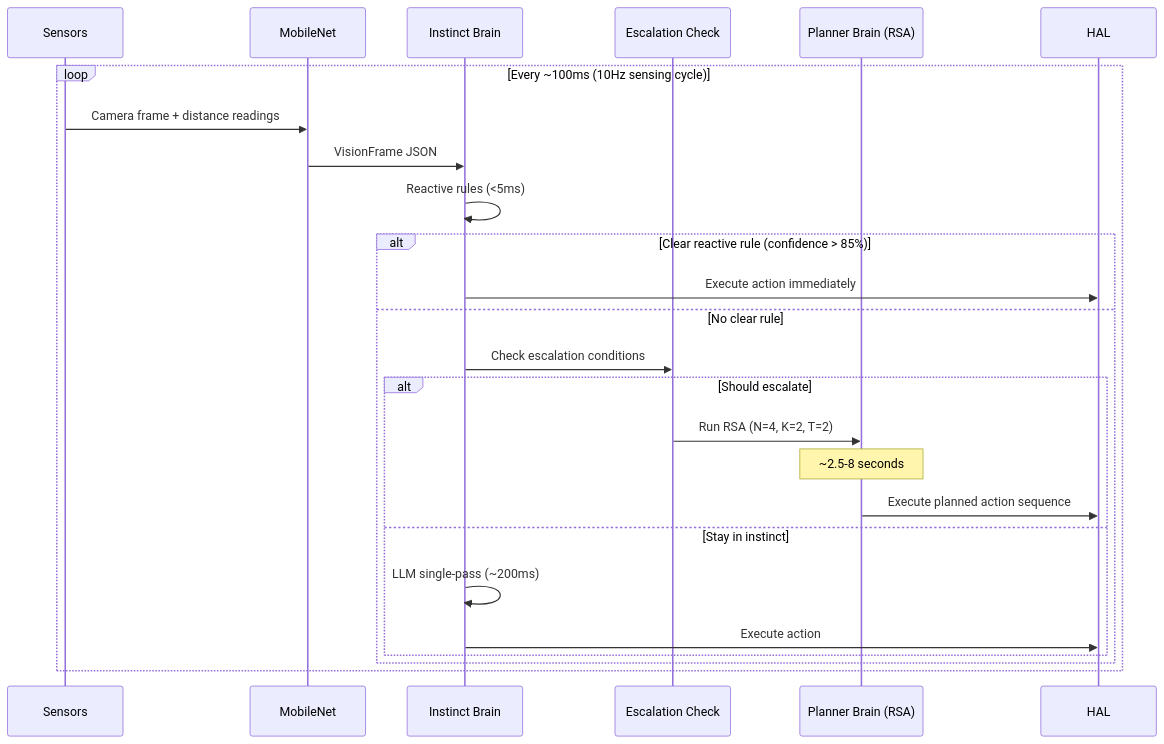
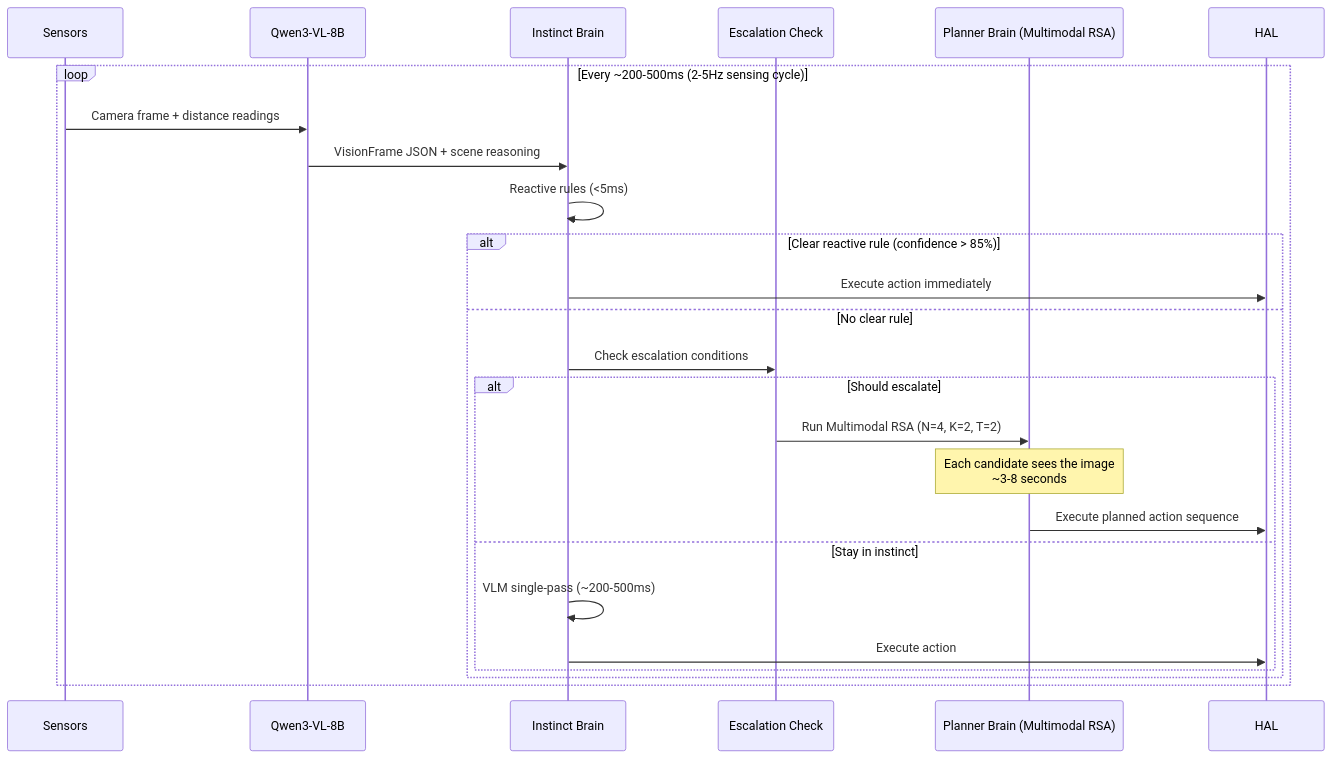
Before and after one commit to EvolvingAgentsLabs/llmos: diagram 30 of 33 in docs/architecture/ARCHITECTURE.md, drawn with Mermaid. The commit also changed other lines of this file and 6 other files, not shown here.

First line of the commit message:
feat: Add multimodal RSA, remove fallback options, focus on Qwen3-VL-8B

````diff
--- a/docs/architecture/ARCHITECTURE.md
+++ b/docs/architecture/ARCHITECTURE.md
@@ -1307,30 +1307,30 @@
 ```mermaid
 sequenceDiagram
     participant Sensors
-    participant MobileNet
+    participant VLM as Qwen3-VL-8B
     participant Instinct as Instinct Brain
     participant Escalation as Escalation Check
-    participant Planner as Planner Brain (RSA)
+    participant Planner as Planner Brain (Multimodal RSA)
     participant HAL
 
-    loop Every ~100ms (10Hz sensing cycle)
-        Sensors->>MobileNet: Camera frame + distance readings
-        MobileNet->>Instinct: VisionFrame JSON
+    loop Every ~200-500ms (2-5Hz sensing cycle)
+        Sensors->>VLM: Camera frame + distance readings
+        VLM->>Instinct: VisionFrame JSON + scene reasoning
 
         Instinct->>Instinct: Reactive rules (<5ms)
 
         alt Clear reactive rule (confidence > 85%)
             Instinct->>HAL: Execute action immediately
         else No clear rule
             Instinct->>Escalation: Check escalation conditions
             alt Should escalate
-                Escalation->>Planner: Run RSA (N=4, K=2, T=2)
-                Note over Planner: ~2.5-8 seconds
+                Escalation->>Planner: Run Multimodal RSA (N=4, K=2, T=2)
+                Note over Planner: Each candidate sees the image<br/>~3-8 seconds
                 Planner->>HAL: Execute planned action sequence
             else Stay in instinct
-                Instinct->>Instinct: LLM single-pass (~200ms)
+                Instinct->>Instinct: VLM single-pass (~200-500ms)
                 Instinct->>HAL: Execute action
             end
         end
     end
 ```
````
